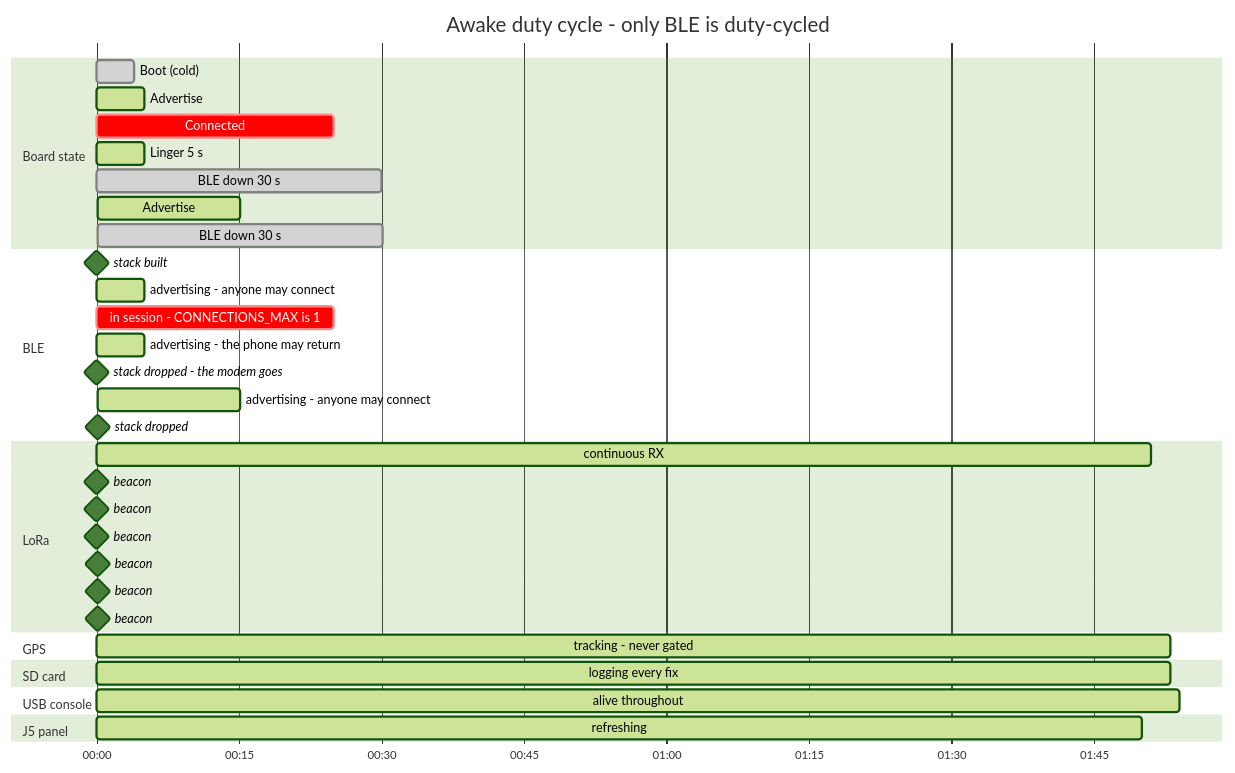
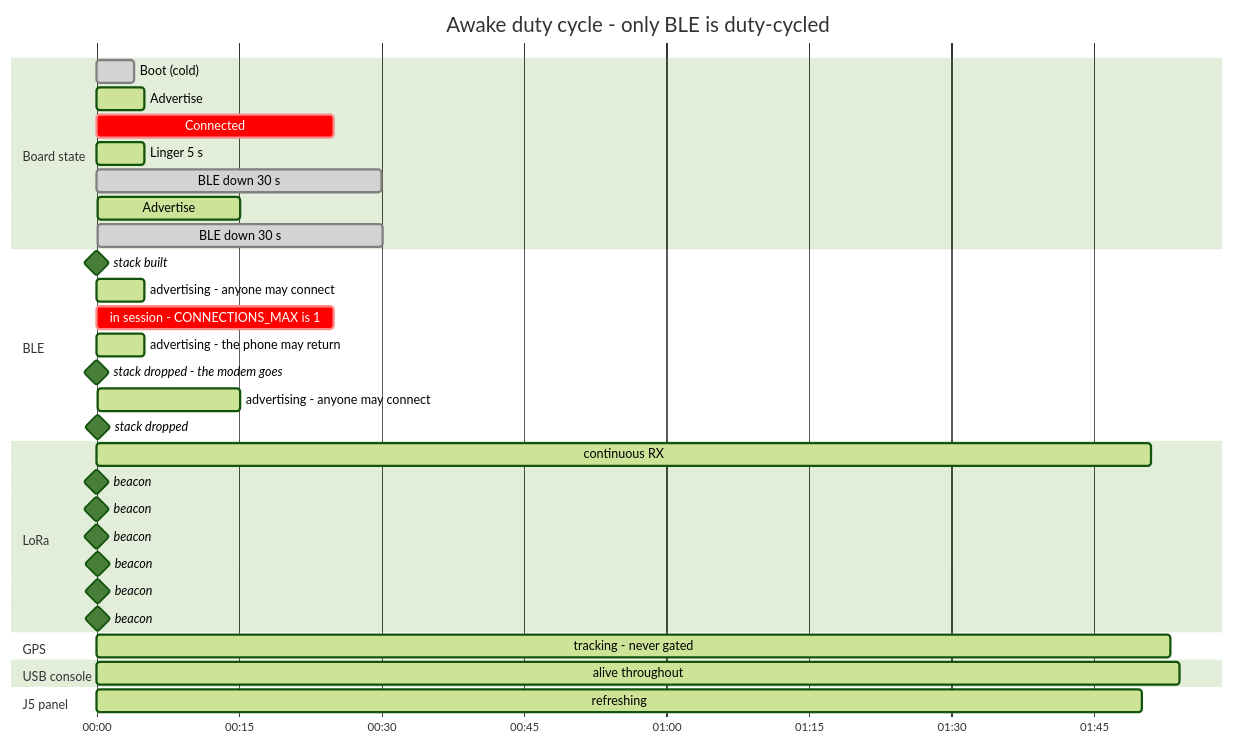
The ninth of 13 diagrams in ARCHITECTURE.md (Telemety-In-Midair/telemetry-in-midair-rs), drawn with Mermaid (forest theme) before and after one commit. The commit also changed other lines of this file and 16 other files, not shown here.

````diff
--- a/ARCHITECTURE.md
+++ b/ARCHITECTURE.md
@@ -758,45 +762,42 @@
 ```mermaid
 gantt
     title Awake duty cycle - only BLE is duty-cycled
     dateFormat X
     axisFormat %M:%S
 
     section Board state
     Boot (cold)             :done,   s1, 0, 4s
     Advertise               :active, s2, 4, 5s
     Connected               :crit,   s3, 9, 25s
     Linger 5 s              :active, s4, 34, 5s
     BLE down 30 s           :done,   s5, 39, 30s
     Advertise               :active, s6, 69, 15s
     BLE down 30 s           :done,   s7, 84, 30s
 
     section BLE
     stack built             :milestone, b0, 4, 0s
     advertising - anyone may connect :active, b1, 4, 5s
     in session - CONNECTIONS_MAX is 1 :crit, b2, 9, 25s
     advertising - the phone may return :active, b3, 34, 5s
     stack dropped - the modem goes :milestone, b4, 39, 0s
     advertising - anyone may connect :active, b5, 69, 15s
     stack dropped           :milestone, b6, 84, 0s
 
     section LoRa
     continuous RX           :active, r1, 3, 111s
     beacon                  :milestone, r2, 5, 0s
     beacon                  :milestone, r3, 25, 0s
     beacon                  :milestone, r4, 45, 0s
     beacon                  :milestone, r5, 65, 0s
     beacon                  :milestone, r6, 85, 0s
     beacon                  :milestone, r7, 105, 0s
 
     section GPS
     tracking - never gated  :active, g1, 1, 113s
 
-    section SD card
-    logging every fix       :active, d1, 1, 113s
-
     section USB console
     alive throughout        :active, u1, 0, 114s
 
     section J5 panel
     refreshing              :active, o1, 4, 110s
 ```
````
